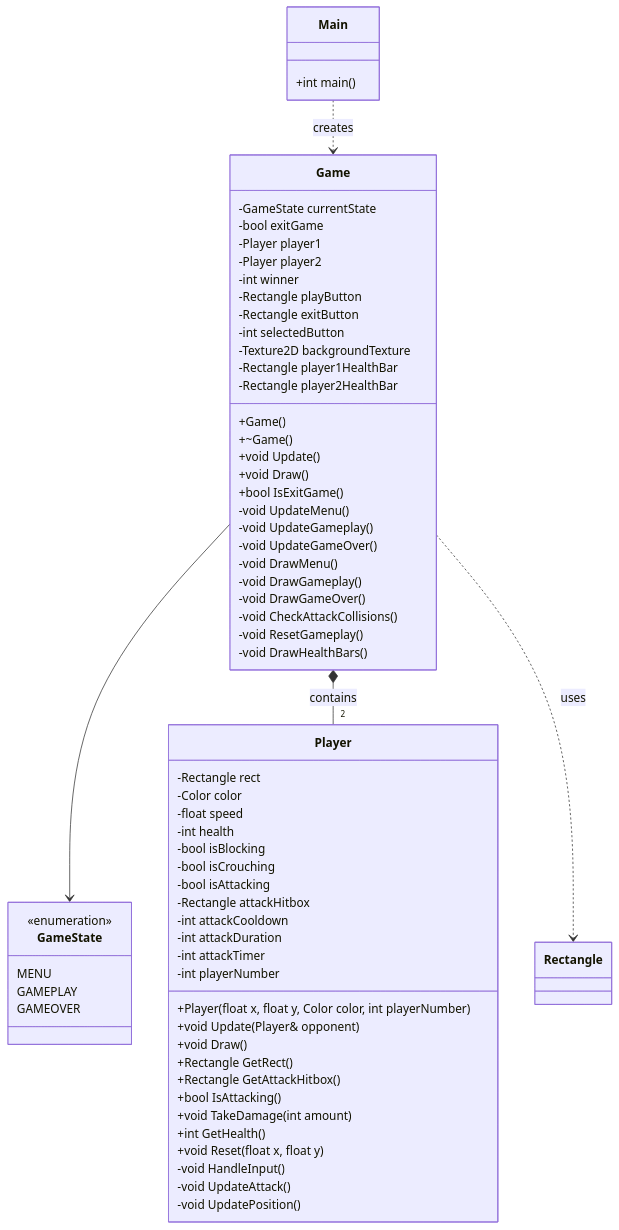
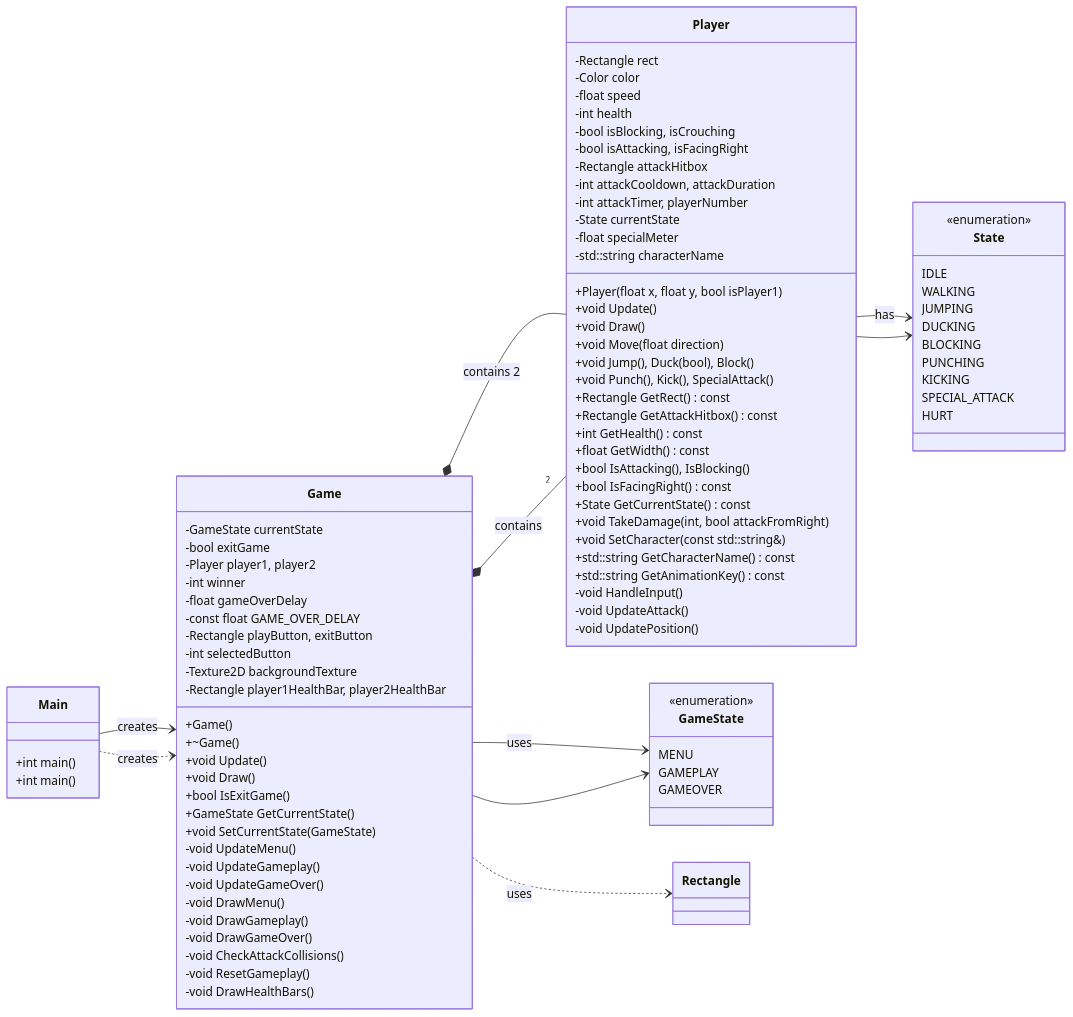
One commit to Draco1js/OOP-Project changed the diagram in README.md. Above: the diagram before and after it, drawn with Mermaid. The commit also changed other lines of this file, not shown here.

````diff
--- a/README.md
+++ b/README.md
@@ -48,24 +44,35 @@
 ```mermaid
 classDiagram
+    direction LR
+    
+    Main --> Game : creates
+    Game *-- Player : contains 2
+    Game --> GameState : uses
+    Player --> State : has
+    
+    class Main {
+        +int main()
+    }
+    
     class Game {
         -GameState currentState
         -bool exitGame
-        -Player player1
-        -Player player2
+        -Player player1, player2
         -int winner
-        -Rectangle playButton
-        -Rectangle exitButton
+        -float gameOverDelay
+        -const float GAME_OVER_DELAY
+        -Rectangle playButton, exitButton
         -int selectedButton
         -Texture2D backgroundTexture
-        -Rectangle player1HealthBar
-        -Rectangle player2HealthBar
+        -Rectangle player1HealthBar, player2HealthBar
         
         +Game()
         +~Game()
         +void Update()
         +void Draw()
         +bool IsExitGame()
-        
+        +GameState GetCurrentState()
+        +void SetCurrentState(GameState)
         -void UpdateMenu()
         -void UpdateGameplay()
         -void UpdateGameOver()
@@ -89,28 +96,48 @@
         -Color color
         -float speed
         -int health
-        -bool isBlocking
-        -bool isCrouching
-        -bool isAttacking
+        -bool isBlocking, isCrouching
+        -bool isAttacking, isFacingRight
         -Rectangle attackHitbox
-        -int attackCooldown
-        -int attackDuration
-        -int attackTimer
-        -int playerNumber
+        -int attackCooldown, attackDuration
+        -int attackTimer, playerNumber
+        -State currentState
+        -float specialMeter
+        -std::string characterName
         
-        +Player(float x, float y, Color color, int playerNumber)
-        +void Update(Player& opponent)
+        +Player(float x, float y, bool isPlayer1)
+        +void Update()
         +void Draw()
-        +Rectangle GetRect()
-        +Rectangle GetAttackHitbox()
-        +bool IsAttacking()
-        +void TakeDamage(int amount)
-        +int GetHealth()
-        +void Reset(float x, float y)
-        
+        +void Move(float direction)
+        +void Jump(), Duck(bool), Block()
+        +void Punch(), Kick(), SpecialAttack()
+        +Rectangle GetRect() const
+        +Rectangle GetAttackHitbox() const
+        +int GetHealth() const
+        +float GetWidth() const
+        +bool IsAttacking(), IsBlocking()
+        +bool IsFacingRight() const
+        +State GetCurrentState() const
+        +void TakeDamage(int, bool attackFromRight)
+        +void SetCharacter(const std::string&)
+        +std::string GetCharacterName() const
+        +std::string GetAnimationKey() const
         -void HandleInput()
         -void UpdateAttack()
         -void UpdatePosition()
+    }
+
+    class State {
+        <<enumeration>>
+        IDLE
+        WALKING
+        JUMPING
+        DUCKING
+        BLOCKING
+        PUNCHING
+        KICKING
+        SPECIAL_ATTACK
+        HURT
     }
 
     class Main {
@@ -120,5 +147,6 @@
     Game --> GameState
     Game *-- "2" Player : contains
     Game ..> Rectangle : uses
+    Player --> State
     Main ..> Game : creates
 ```
````
